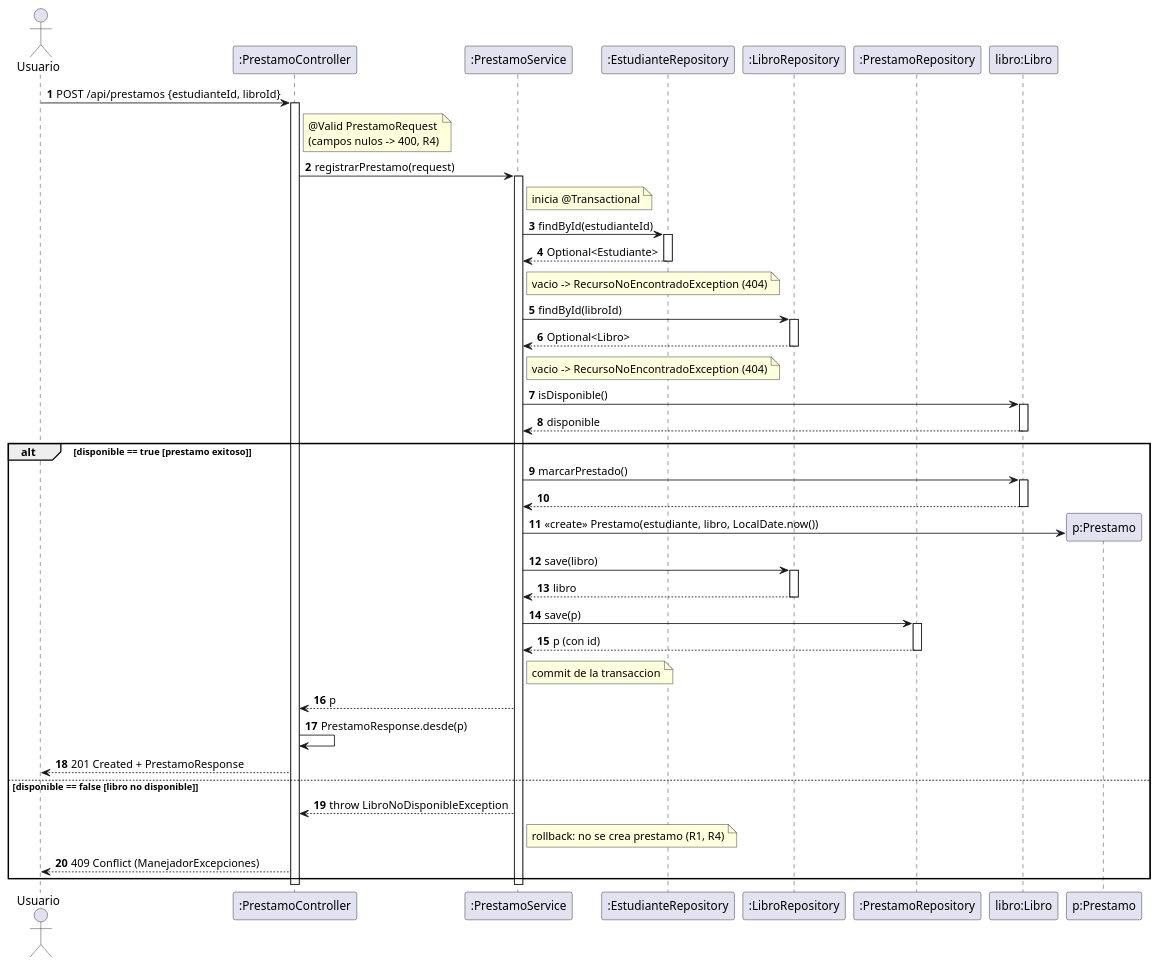
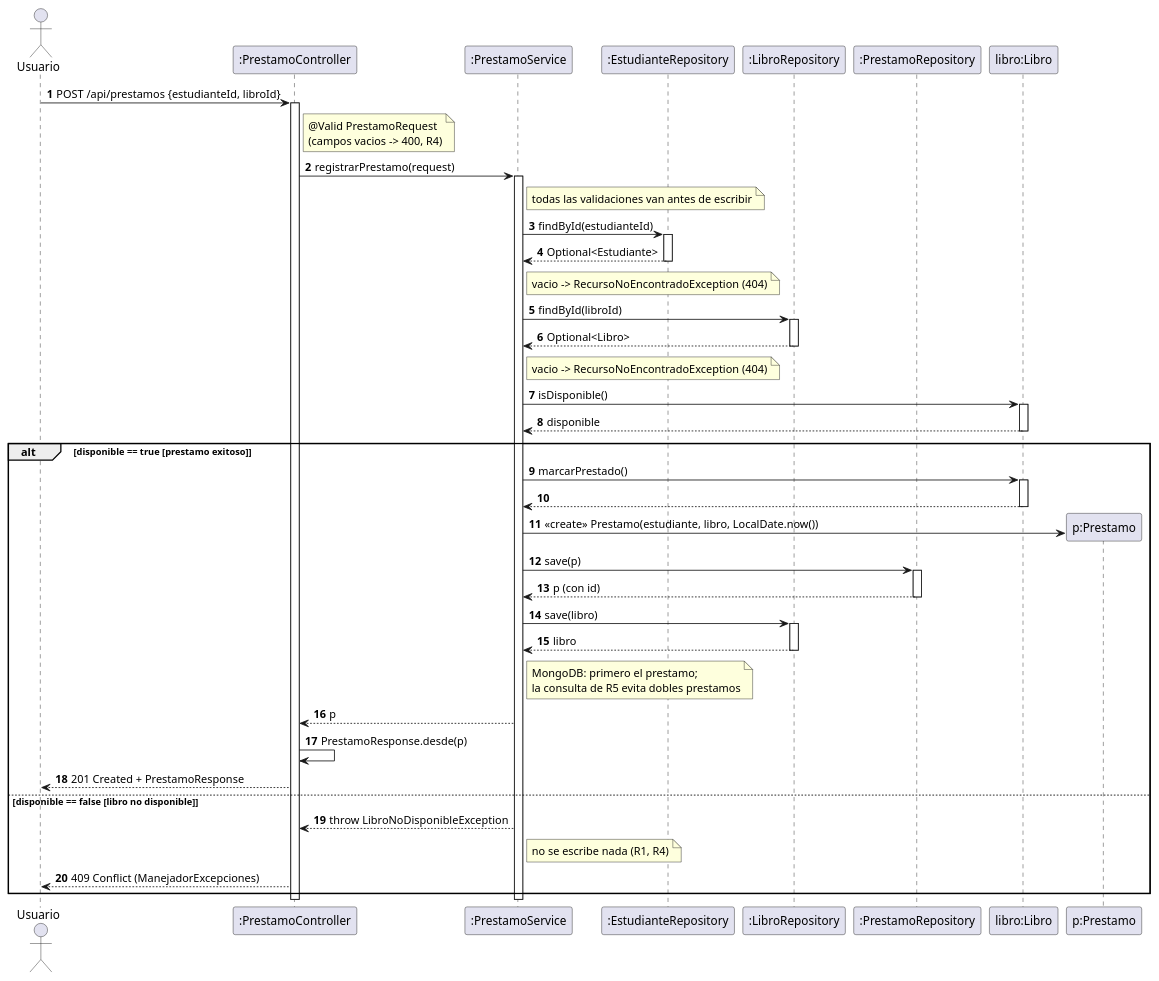
Before and after one commit to walterjojoa/TALLER-PRACTICO-BLOQUE-7: the diagram in diagramas/plantuml/03_diagrama_secuencia_prestamo.puml, drawn with PlantUML. The commit also changed 33 other files, not shown here.

```diff
--- a/diagramas/plantuml/03_diagrama_secuencia_prestamo.puml
+++ b/diagramas/plantuml/03_diagrama_secuencia_prestamo.puml
@@ -1,60 +1,60 @@
 @startuml 03_Secuencia_Registrar_Prestamo
 ' Actividad 4 - POST /api/prestamos
 skinparam shadowing false
 autonumber
 actor Usuario
 participant ":PrestamoController" as C
 participant ":PrestamoService" as S
 participant ":EstudianteRepository" as ER
 participant ":LibroRepository" as LR
 participant ":PrestamoRepository" as PR
 participant "libro:Libro" as L
 
 Usuario -> C : POST /api/prestamos {estudianteId, libroId}
 activate C
-note right of C : @Valid PrestamoRequest\n(campos nulos -> 400, R4)
+note right of C : @Valid PrestamoRequest\n(campos vacios -> 400, R4)
 C -> S : registrarPrestamo(request)
 activate S
-note right of S : inicia @Transactional
+note right of S : todas las validaciones van antes de escribir
 S -> ER : findById(estudianteId)
 activate ER
 ER --> S : Optional<Estudiante>
 deactivate ER
 note right of S : vacio -> RecursoNoEncontradoException (404)
 S -> LR : findById(libroId)
 activate LR
 LR --> S : Optional<Libro>
 deactivate LR
 note right of S : vacio -> RecursoNoEncontradoException (404)
 S -> L : isDisponible()
 activate L
 L --> S : disponible
 deactivate L
 
 alt disponible == true [prestamo exitoso]
   S -> L : marcarPrestado()
   activate L
   L --> S
   deactivate L
   create participant "p:Prestamo" as P
   S -> P : <<create>> Prestamo(estudiante, libro, LocalDate.now())
+  S -> PR : save(p)
+  activate PR
+  PR --> S : p (con id)
+  deactivate PR
   S -> LR : save(libro)
   activate LR
   LR --> S : libro
   deactivate LR
-  S -> PR : save(p)
-  activate PR
-  PR --> S : p (con id)
-  deactivate PR
-  note right of S : commit de la transaccion
+  note right of S : MongoDB: primero el prestamo;\nla consulta de R5 evita dobles prestamos
   S --> C : p
   C -> C : PrestamoResponse.desde(p)
   C --> Usuario : 201 Created + PrestamoResponse
 else disponible == false [libro no disponible]
   S --> C : throw LibroNoDisponibleException
-  note right of S : rollback: no se crea prestamo (R1, R4)
+  note right of S : no se escribe nada (R1, R4)
   C --> Usuario : 409 Conflict (ManejadorExcepciones)
 end
 deactivate S
 deactivate C
 @enduml
```
